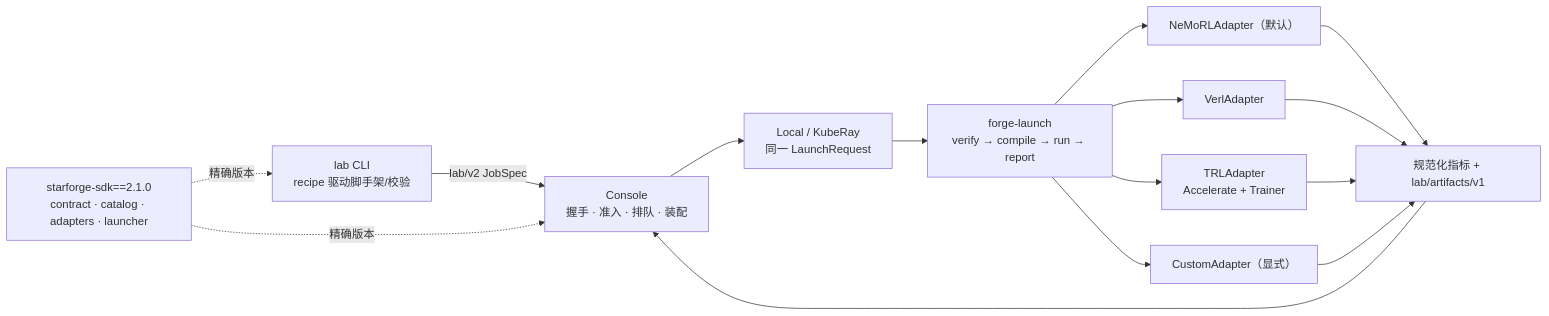
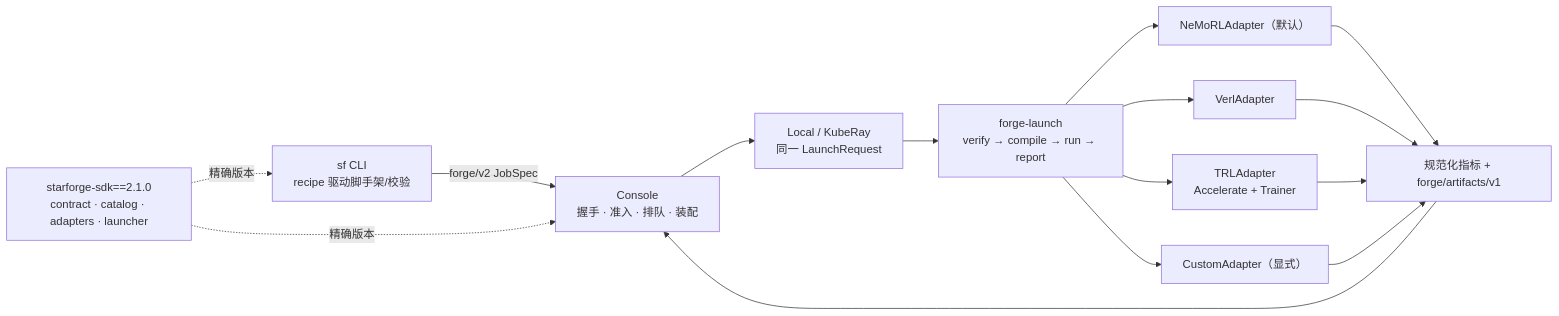
One commit to wccdev/starforge-tutorial changed the diagram in README.md. Above: the diagram before and after it, drawn with Mermaid. The commit also changed other lines of this file and 118 other files, not shown here.

````diff
--- a/README.md
+++ b/README.md
@@ -73,17 +69,17 @@
 ```mermaid
 flowchart LR
-  CLI["lab CLI\nrecipe 驱动脚手架/校验"] -->|"lab/v2 JobSpec"| Console["Console\n握手 · 准入 · 排队 · 装配"]
+  CLI["sf CLI\nrecipe 驱动脚手架/校验"] -->|"forge/v2 JobSpec"| Console["Console\n握手 · 准入 · 排队 · 装配"]
   SDK["starforge-sdk==2.1.0\ncontract · catalog · adapters · launcher"] -. "精确版本" .-> CLI
   SDK -. "精确版本" .-> Console
   Console --> Executor["Local / KubeRay\n同一 LaunchRequest"]
   Executor --> Launcher["forge-launch\nverify → compile → run → report"]
   Launcher --> NeMo["NeMoRLAdapter（默认）"]
   Launcher --> Verl["VerlAdapter"]
   Launcher --> TRL["TRLAdapter\nAccelerate + Trainer"]
   Launcher --> Custom["CustomAdapter（显式）"]
-  NeMo --> Output["规范化指标 + lab/artifacts/v1"]
+  NeMo --> Output["规范化指标 + forge/artifacts/v1"]
   Verl --> Output
   TRL --> Output
   Custom --> Output
   Output --> Console
 ```
````
